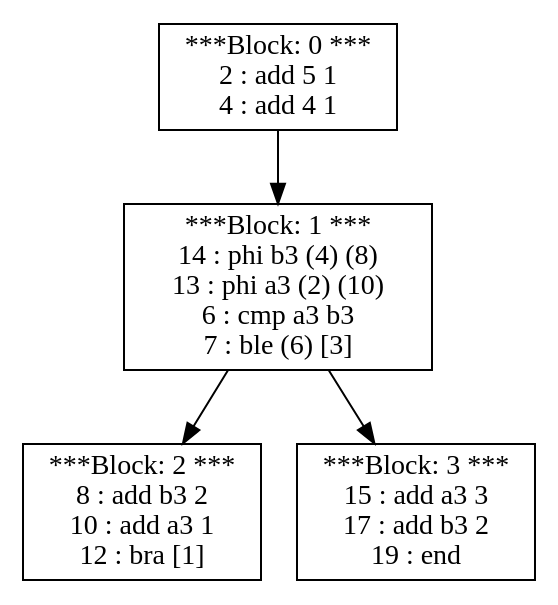
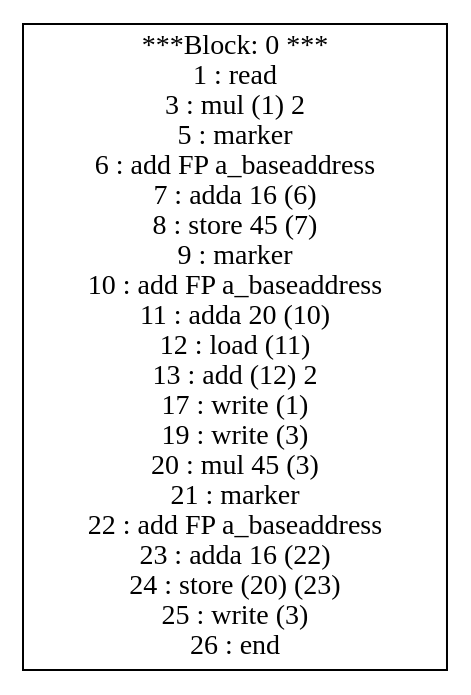
The diagram in src/Display/domTreeDotOutput.gv (vigneshjathavara/PL241-Compiler), drawn with Graphviz before and after one commit. The commit also changed 22 other files, not shown here.

```diff
--- a/src/Display/domTreeDotOutput.gv
+++ b/src/Display/domTreeDotOutput.gv
@@ -1,10 +1,4 @@
 digraph structs {
-0 [shape=record,label="***Block: 0 ***\n2 : add 5 1 \n4 : add 4 1 \n"]
-1 [shape=record,label="***Block: 1 ***\n14 : phi b3 (4) (8) \n13 : phi a3 (2) (10) \n6 : cmp a3 b3 \n7 : ble (6) [3]\n"]
-2 [shape=record,label="***Block: 2 ***\n8 : add b3 2 \n10 : add a3 1 \n12 : bra [1]\n"]
-3 [shape=record,label="***Block: 3 ***\n15 : add a3 3 \n17 : add b3 2 \n19 : end \n"]
-0 -> 1;
-1 -> 2;
-1 -> 3;
+0 [shape=record,label="***Block: 0 ***\n1 : read \n3 : mul (1) 2 \n5 : marker \n6 : add FP a_baseaddress \n7 : adda 16 (6) \n8 : store 45 (7) \n9 : marker \n10 : add FP a_baseaddress \n11 : adda 20 (10) \n12 : load (11) \n13 : add (12) 2 \n17 : write (1)\n19 : write (3)\n20 : mul 45 (3) \n21 : marker \n22 : add FP a_baseaddress \n23 : adda 16 (22) \n24 : store (20) (23) \n25 : write (3)\n26 : end \n"]
 
 }
```
